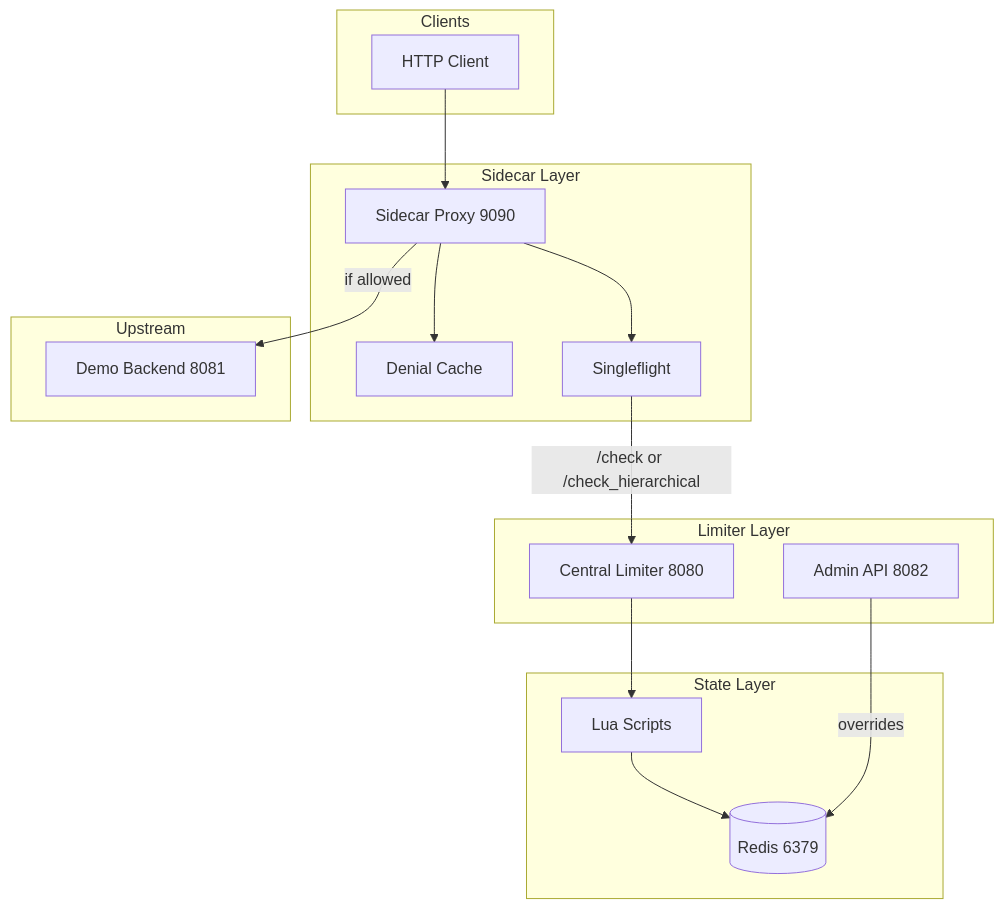
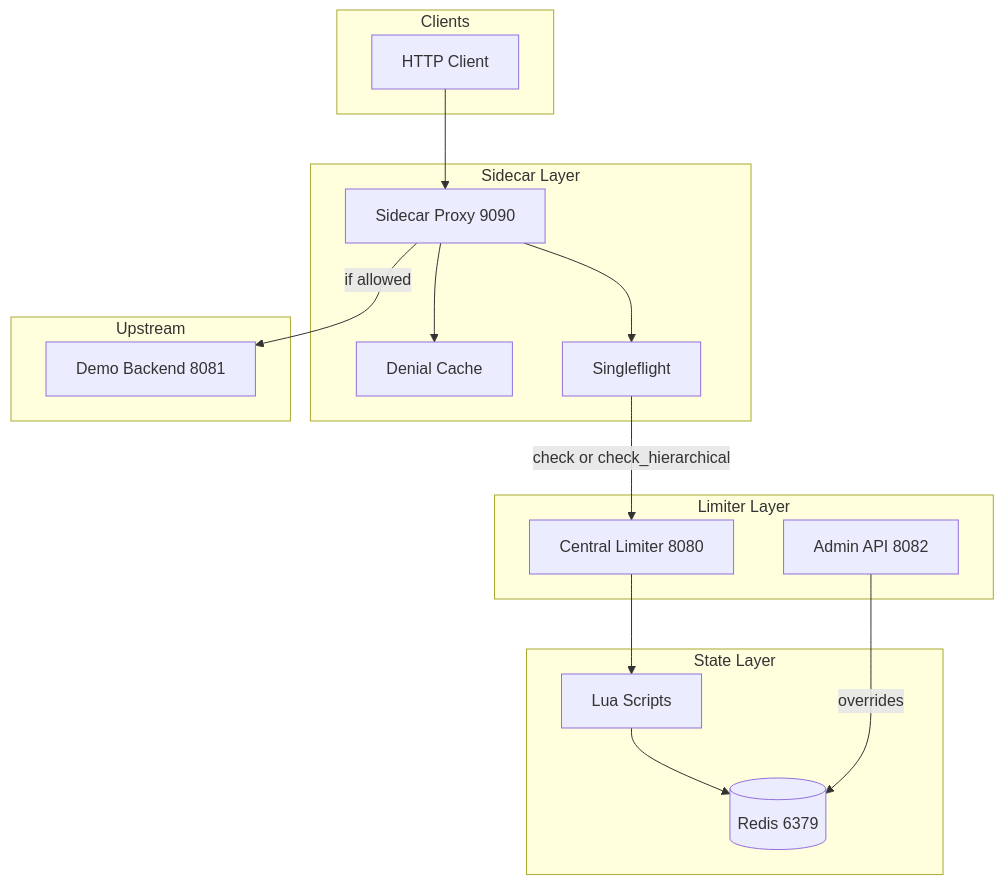
One commit to RUDRA-PRATAP-SINGH01/Distributed-rate-limiter changed the first of 21 diagrams in README.md. Above: the diagram before and after it, drawn with Mermaid. The commit also changed other lines of this file and 1 other file, not shown here.

Commit message:
docs: fix Mermaid syntax for GitHub Markdown rendering in README and architecture docs

````diff
--- a/README.md
+++ b/README.md
@@ -97,35 +97,35 @@
 ```mermaid
 flowchart TB
-    subgraph clients [Clients]
-        C[HTTP Client]
+    subgraph clients["Clients"]
+        C["HTTP Client"]
     end
 
-    subgraph sidecar_layer [Sidecar Layer]
+    subgraph sidecar_layer["Sidecar Layer"]
         SC["Sidecar Proxy 9090"]
-        CACHE[Denial Cache]
-        SF[Singleflight]
+        CACHE["Denial Cache"]
+        SF["Singleflight"]
     end
 
-    subgraph limiter_layer [Limiter Layer]
+    subgraph limiter_layer["Limiter Layer"]
         LM["Central Limiter 8080"]
         ADM["Admin API 8082"]
     end
 
-    subgraph state [State Layer]
-        RD[(Redis 6379)]
-        LUA[Lua Scripts]
+    subgraph state["State Layer"]
+        RD[("Redis 6379")]
+        LUA["Lua Scripts"]
     end
 
-    subgraph upstream [Upstream]
+    subgraph upstream["Upstream"]
         BE["Demo Backend 8081"]
     end
 
     C --> SC
     SC --> CACHE
     SC --> SF
-    SF -->|"/check or /check_hierarchical"| LM
+    SF -->|check or check_hierarchical| LM
     LM --> LUA
     LUA --> RD
     ADM -->|overrides| RD
     SC -->|if allowed| BE
 ```
````
